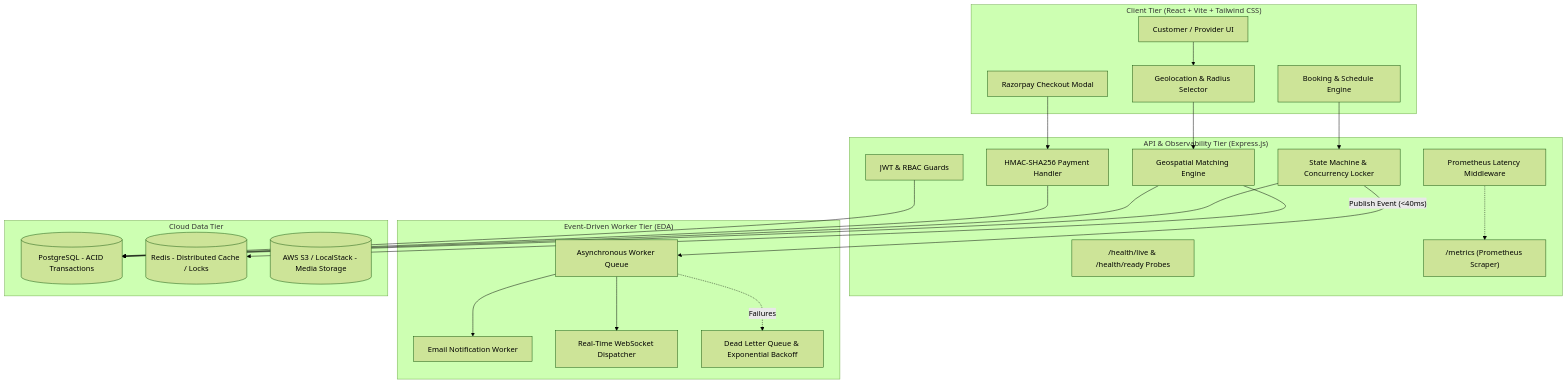
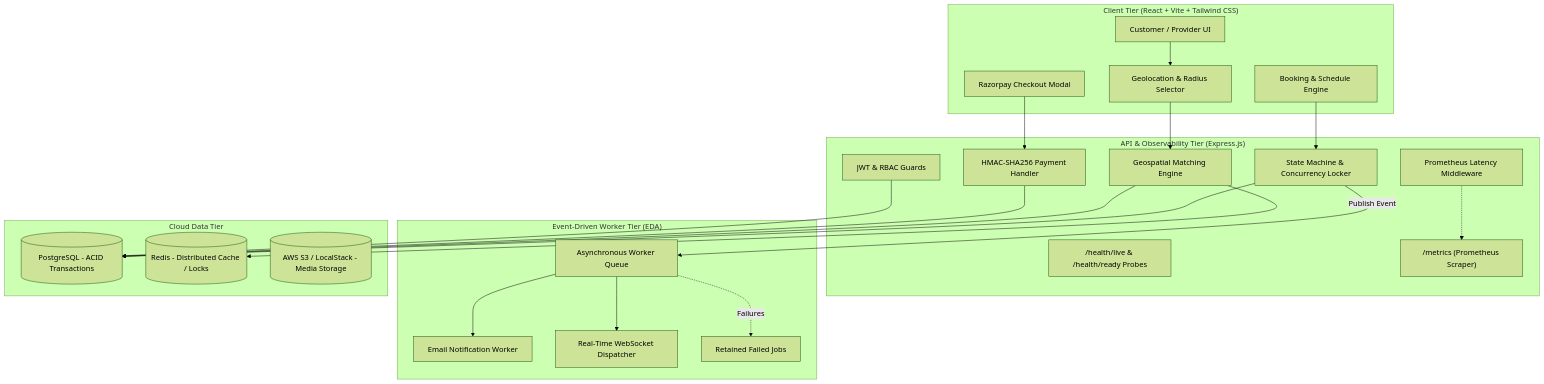
The diagram in README.md (sanskriti49/service-provider), drawn with Mermaid (forest theme) before and after one commit. The commit also changed other lines of this file and 33 other files, not shown here.

Commit message:
security: secure booking/payment flows, fix IDORs, and refactor refunds

````diff
--- a/README.md
+++ b/README.md
@@ -17,49 +23,49 @@
 ```mermaid
 flowchart TD
     subgraph Client ["Client Tier (React + Vite + Tailwind CSS)"]
         UI[Customer / Provider UI]
         GeoLookup[Geolocation & Radius Selector]
         BookingFlow[Booking & Schedule Engine]
         PayModal[Razorpay Checkout Modal]
     end
 
     subgraph Gateway ["API & Observability Tier (Express.js)"]
         MetricsMiddleware[Prometheus Latency Middleware]
         Auth[JWT & RBAC Guards]
         GeoCtrl[Geospatial Matching Engine]
         BookingCtrl[State Machine & Concurrency Locker]
         PaymentCtrl[HMAC-SHA256 Payment Handler]
         HealthProbes["/health/live & /health/ready Probes"]
         MetricsEndpoint["/metrics (Prometheus Scraper)"]
     end
 
     subgraph AsyncWorker ["Event-Driven Worker Tier (EDA)"]
         EventQueue[Asynchronous Worker Queue]
         EmailWorker[Email Notification Worker]
         SocketWorker[Real-Time WebSocket Dispatcher]
-        DLQ[Dead Letter Queue & Exponential Backoff]
+        DLQ[Retained Failed Jobs]
     end
 
     subgraph Storage ["Cloud Data Tier"]
         DB[(PostgreSQL - ACID Transactions)]
         RedisCache[(Redis - Distributed Cache / Locks)]
         S3Storage[(AWS S3 / LocalStack - Media Storage)]
     end
 
     UI --> GeoLookup
     GeoLookup --> GeoCtrl
     BookingFlow --> BookingCtrl
     PayModal --> PaymentCtrl
 
     MetricsMiddleware -.-> MetricsEndpoint
     BookingCtrl --> DB
-    BookingCtrl -- "Publish Event (<40ms)" --> EventQueue
+    BookingCtrl -- "Publish Event" --> EventQueue
     EventQueue --> EmailWorker
     EventQueue --> SocketWorker
     EventQueue -. Failures .-> DLQ
 
     GeoCtrl --> RedisCache
     GeoCtrl --> DB
     PaymentCtrl --> DB
     Auth --> DB
 ```
````
